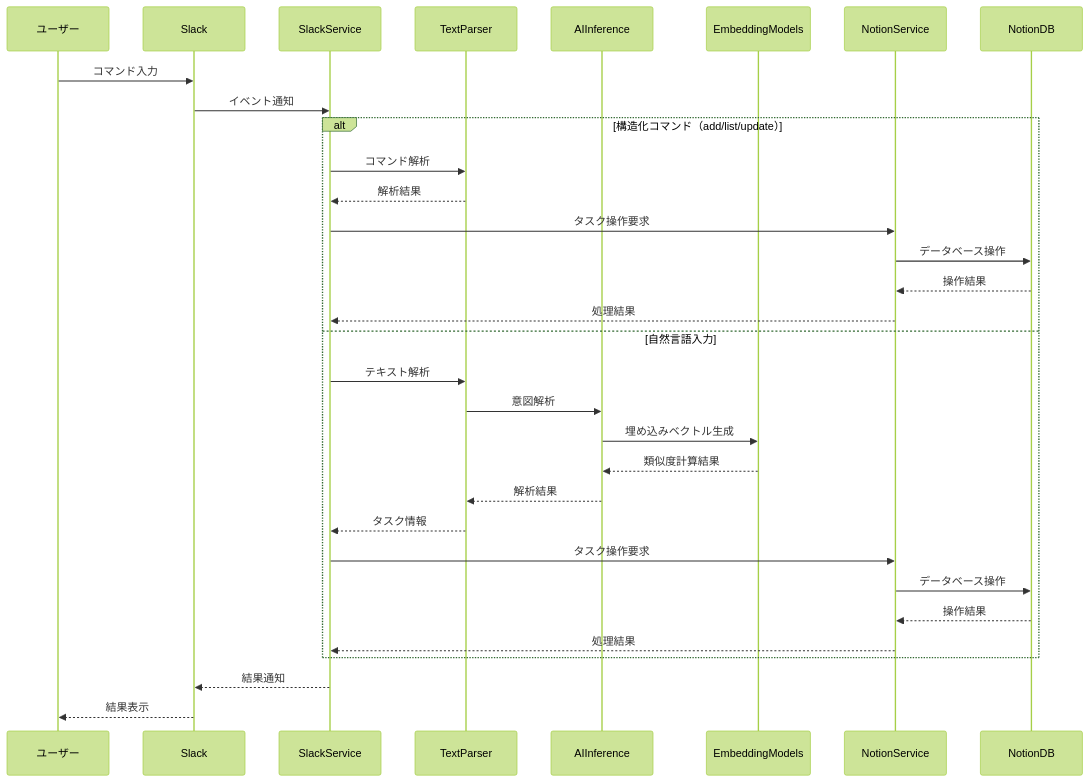
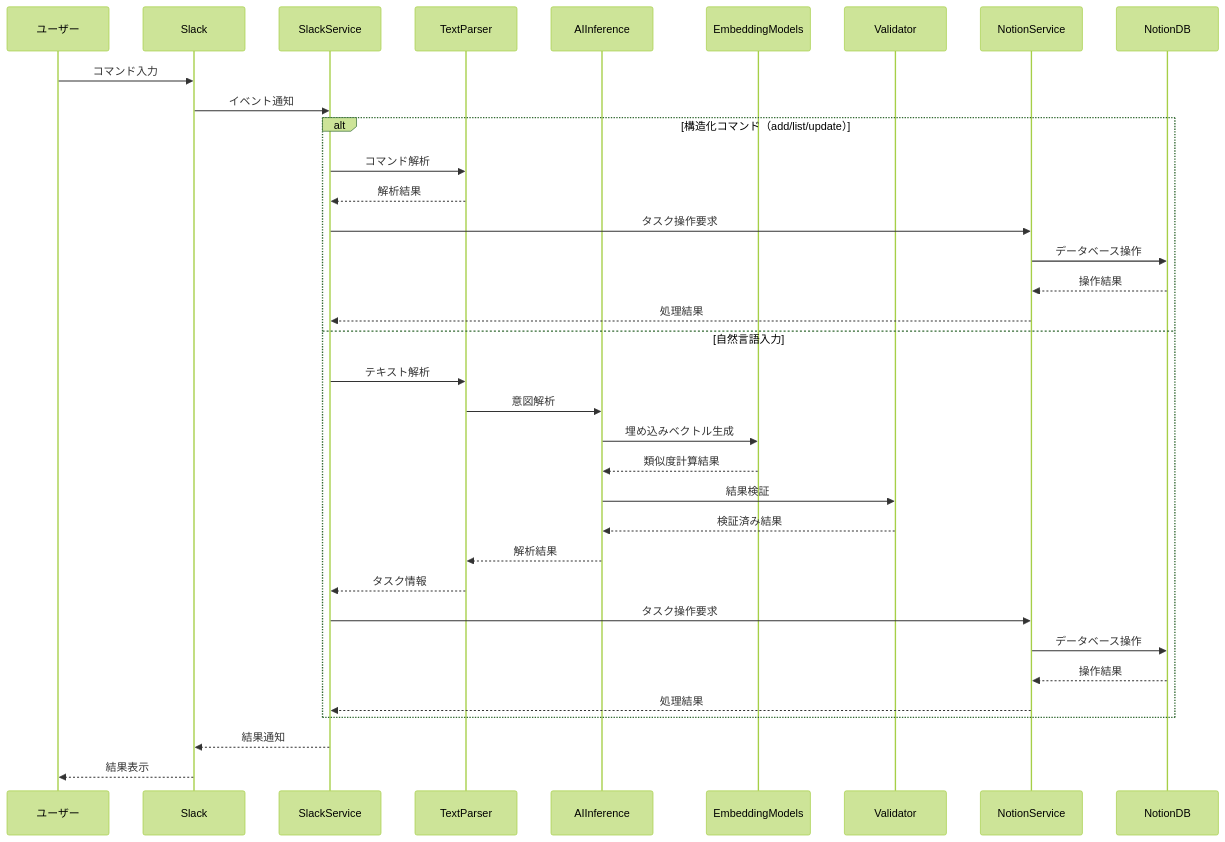
The fourth of 4 diagrams in docs/システム概要.md (YL08140921/Task-Manager-for-Slack-bot), drawn with Mermaid (forest theme) before and after one commit. The commit also changed other lines of this file, not shown here.

````diff
--- a/docs/システム概要.md
+++ b/docs/システム概要.md
@@ -176,37 +176,40 @@
 ```mermaid
 sequenceDiagram
     participant User as ユーザー
     participant Slack
     participant SS as SlackService
     participant TP as TextParser
     participant AI as AIInference
     participant EM as EmbeddingModels
+    participant Val as Validator
     participant NS as NotionService
     participant Notion as NotionDB
 
     User->>Slack: コマンド入力
     Slack->>SS: イベント通知
 
     alt 構造化コマンド（add/list/update）
         SS->>TP: コマンド解析
         TP-->>SS: 解析結果
         SS->>NS: タスク操作要求
         NS->>Notion: データベース操作
         Notion-->>NS: 操作結果
         NS-->>SS: 処理結果
     else 自然言語入力
         SS->>TP: テキスト解析
         TP->>AI: 意図解析
         AI->>EM: 埋め込みベクトル生成
         EM-->>AI: 類似度計算結果
+        AI->>Val: 結果検証
+        Val-->>AI: 検証済み結果
         AI-->>TP: 解析結果
         TP-->>SS: タスク情報
         SS->>NS: タスク操作要求
         NS->>Notion: データベース操作
         Notion-->>NS: 操作結果
         NS-->>SS: 処理結果
     end
 
     SS-->>Slack: 結果通知
     Slack-->>User: 結果表示
 ```
````
